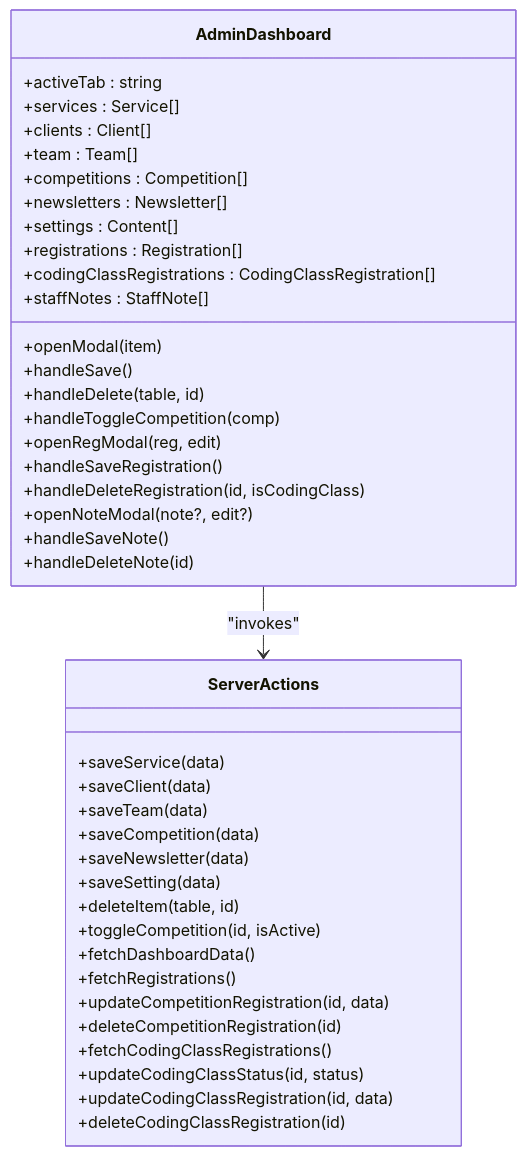
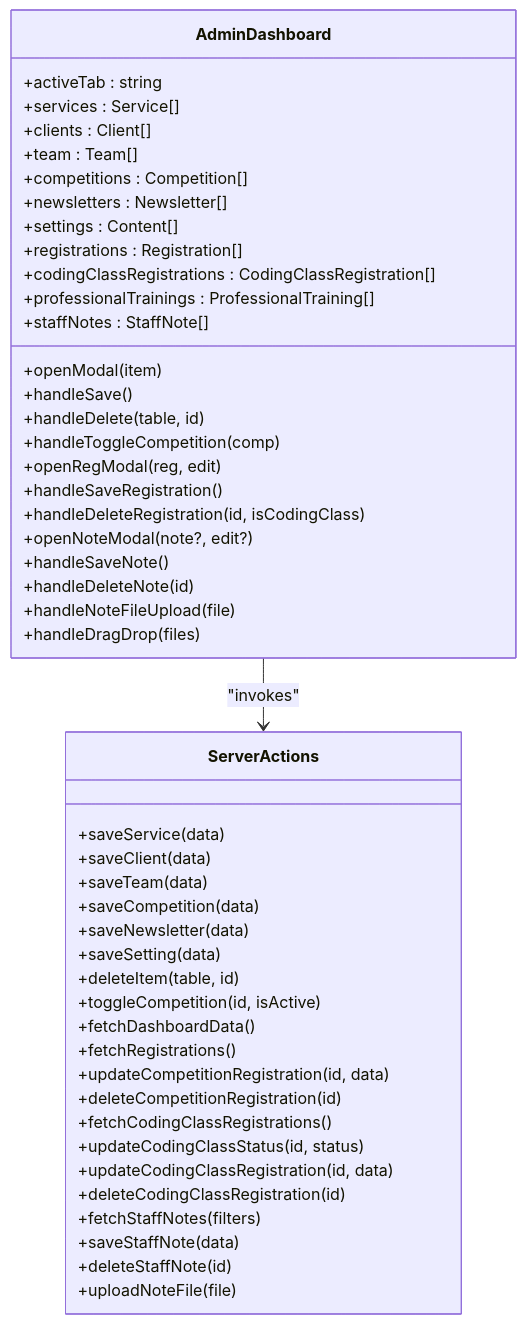
Before and after one commit to Black-box01/rhemaexpertsolutions: the fifth of 10 diagrams in .qoder/repowiki/en/content/Pages and Routing/Admin Interface.md, drawn with Mermaid. The commit also changed other lines of this file and 31 other files, not shown here.

First line of the commit message:
feat(professional_trainings): add professional training registration table and admin features

````diff
--- a/.qoder/repowiki/en/content/Pages and Routing/Admin Interface.md
+++ b/.qoder/repowiki/en/content/Pages and Routing/Admin Interface.md
@@ -225,44 +245,51 @@
 ```mermaid
 classDiagram
 class AdminDashboard {
 +activeTab : string
 +services : Service[]
 +clients : Client[]
 +team : Team[]
 +competitions : Competition[]
 +newsletters : Newsletter[]
 +settings : Content[]
 +registrations : Registration[]
 +codingClassRegistrations : CodingClassRegistration[]
++professionalTrainings : ProfessionalTraining[]
 +staffNotes : StaffNote[]
 +openModal(item)
 +handleSave()
 +handleDelete(table, id)
 +handleToggleCompetition(comp)
 +openRegModal(reg, edit)
 +handleSaveRegistration()
 +handleDeleteRegistration(id, isCodingClass)
 +openNoteModal(note?, edit?)
 +handleSaveNote()
 +handleDeleteNote(id)
++handleNoteFileUpload(file)
++handleDragDrop(files)
 }
 class ServerActions {
 +saveService(data)
 +saveClient(data)
 +saveTeam(data)
 +saveCompetition(data)
 +saveNewsletter(data)
 +saveSetting(data)
 +deleteItem(table, id)
 +toggleCompetition(id, isActive)
 +fetchDashboardData()
 +fetchRegistrations()
 +updateCompetitionRegistration(id, data)
 +deleteCompetitionRegistration(id)
 +fetchCodingClassRegistrations()
 +updateCodingClassStatus(id, status)
 +updateCodingClassRegistration(id, data)
 +deleteCodingClassRegistration(id)
++fetchStaffNotes(filters)
++saveStaffNote(data)
++deleteStaffNote(id)
++uploadNoteFile(file)
 }
 AdminDashboard --> ServerActions : "invokes"
 ```
````
